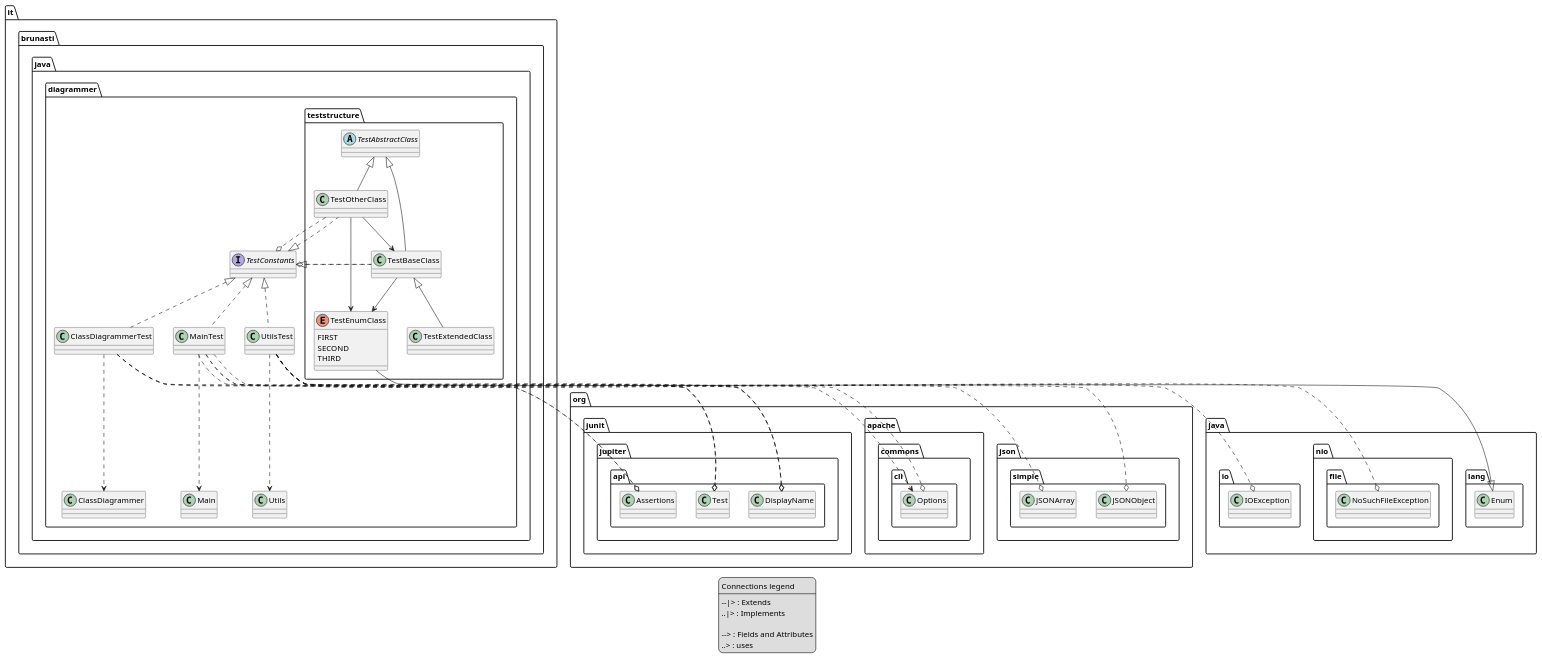
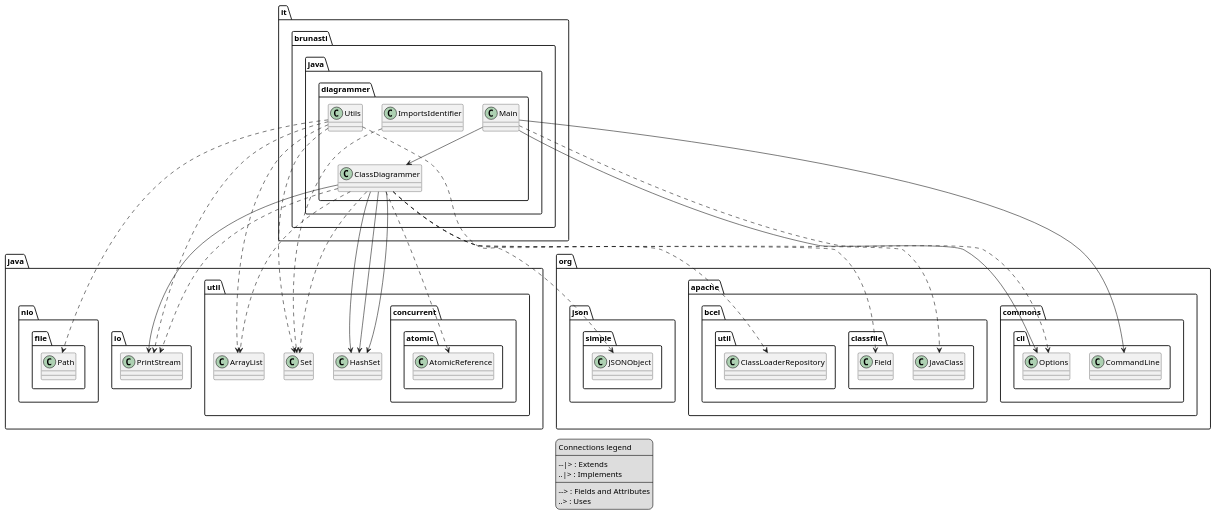
The diagram in temp/output.puml (brunasti/java-diagrammer), drawn with PlantUML before and after one commit. The commit also changed 3 other files, not shown here.

Commit message:
Updates diagram images

```diff
--- a/temp/output.puml
+++ b/temp/output.puml
@@ -1,101 +1,57 @@
 @startuml
 'https://plantuml.com/class-diagram
 
 ' GENERATE CLASS DIAGRAM ===========
 ' Generator       : it.brunasti.java.diagrammer.ClassDiagrammer
-' Path            : [./target/test-classes]
-' Java Files Path : [./src/test/java/]
-' Configuration   : [./temp/config.json]
-' Generated at    : Wed Mar 27 17:14:07 CET 2024
+' Path            : [./target/classes]
+' Configuration   : []
+' Generated at    : Thu Mar 28 10:23:33 CET 2024
 legend
 Connections legend
 ----
 --|> : Extends
 ..|> : Implements
-
+----
 --> : Fields and Attributes
-..> : uses
+..> : Uses
 end legend
 
 
 
 ' CLASSES =======
-class it.brunasti.java.diagrammer.ClassDiagrammerTest
-class it.brunasti.java.diagrammer.UtilsTest
-interface it.brunasti.java.diagrammer.TestConstants
-abstract it.brunasti.java.diagrammer.teststructure.TestAbstractClass
-class it.brunasti.java.diagrammer.teststructure.TestBaseClass
-enum it.brunasti.java.diagrammer.teststructure.TestEnumClass{
-  FIRST
-  SECOND
-  THIRD
-}
-class it.brunasti.java.diagrammer.teststructure.TestExtendedClass
-class it.brunasti.java.diagrammer.teststructure.TestOtherClass
-class it.brunasti.java.diagrammer.MainTest
+class it.brunasti.java.diagrammer.ClassDiagrammer
+class it.brunasti.java.diagrammer.Utils
+class it.brunasti.java.diagrammer.Main
+class it.brunasti.java.diagrammer.ImportsIdentifier
 
 ' INHERITANCES =======
-it.brunasti.java.diagrammer.teststructure.TestAbstractClass <|-- it.brunasti.java.diagrammer.teststructure.TestBaseClass
-java.lang.Enum <|-- it.brunasti.java.diagrammer.teststructure.TestEnumClass
-it.brunasti.java.diagrammer.teststructure.TestBaseClass <|-- it.brunasti.java.diagrammer.teststructure.TestExtendedClass
-it.brunasti.java.diagrammer.teststructure.TestAbstractClass <|-- it.brunasti.java.diagrammer.teststructure.TestOtherClass
 
 ' IMPLEMENT INTERFACE =======
-it.brunasti.java.diagrammer.TestConstants <|.. it.brunasti.java.diagrammer.ClassDiagrammerTest
-it.brunasti.java.diagrammer.TestConstants <|.. it.brunasti.java.diagrammer.UtilsTest
-it.brunasti.java.diagrammer.TestConstants <|.. it.brunasti.java.diagrammer.teststructure.TestBaseClass
-it.brunasti.java.diagrammer.TestConstants <|.. it.brunasti.java.diagrammer.teststructure.TestOtherClass
-it.brunasti.java.diagrammer.TestConstants <|.. it.brunasti.java.diagrammer.MainTest
 
 ' FIELDS =======
-it.brunasti.java.diagrammer.teststructure.TestBaseClass --> it.brunasti.java.diagrammer.teststructure.TestEnumClass
-it.brunasti.java.diagrammer.teststructure.TestOtherClass --> it.brunasti.java.diagrammer.teststructure.TestBaseClass
-it.brunasti.java.diagrammer.teststructure.TestOtherClass --> it.brunasti.java.diagrammer.teststructure.TestEnumClass
+it.brunasti.java.diagrammer.ClassDiagrammer --> java.io.PrintStream
+it.brunasti.java.diagrammer.ClassDiagrammer --> java.util.HashSet
+it.brunasti.java.diagrammer.ClassDiagrammer --> java.util.HashSet
+it.brunasti.java.diagrammer.ClassDiagrammer --> java.util.HashSet
+it.brunasti.java.diagrammer.Main --> org.apache.commons.cli.CommandLine
+it.brunasti.java.diagrammer.Main --> it.brunasti.java.diagrammer.ClassDiagrammer
+it.brunasti.java.diagrammer.Main --> org.apache.commons.cli.Options
 
 ' USES =======
-it.brunasti.java.diagrammer.ClassDiagrammerTest ..> it.brunasti.java.diagrammer.ClassDiagrammer
-it.brunasti.java.diagrammer.UtilsTest ..> it.brunasti.java.diagrammer.Utils
-it.brunasti.java.diagrammer.MainTest ..> it.brunasti.java.diagrammer.Main
-it.brunasti.java.diagrammer.MainTest ..> org.apache.commons.cli.Options
-
-' IMPORTS =======
-' Java Files Path : ./src/test/java/
-' it.brunasti.java.diagrammer.ClassDiagrammerTest
-it.brunasti.java.diagrammer.ClassDiagrammerTest ..o org.junit.jupiter.api.Test
-it.brunasti.java.diagrammer.ClassDiagrammerTest ..o  org.junit.jupiter.api.Assertions
-it.brunasti.java.diagrammer.ClassDiagrammerTest ..o org.junit.jupiter.api.DisplayName
-
-' it.brunasti.java.diagrammer.UtilsTest
-it.brunasti.java.diagrammer.UtilsTest ..o org.junit.jupiter.api.Test
-it.brunasti.java.diagrammer.UtilsTest ..o java.nio.file.NoSuchFileException
-it.brunasti.java.diagrammer.UtilsTest ..o org.json.simple.JSONObject
-it.brunasti.java.diagrammer.UtilsTest ..o  org.junit.jupiter.api.Assertions
-it.brunasti.java.diagrammer.UtilsTest ..o java.io.IOException
-it.brunasti.java.diagrammer.UtilsTest ..o org.json.simple.JSONArray
-it.brunasti.java.diagrammer.UtilsTest ..o org.junit.jupiter.api.DisplayName
-
-' it.brunasti.java.diagrammer.TestConstants
-
-' it.brunasti.java.diagrammer.teststructure.TestAbstractClass
-
-' it.brunasti.java.diagrammer.teststructure.TestBaseClass
-it.brunasti.java.diagrammer.teststructure.TestBaseClass ..o it.brunasti.java.diagrammer.TestConstants
-
-' it.brunasti.java.diagrammer.teststructure.TestEnumClass
-
-' it.brunasti.java.diagrammer.teststructure.TestExtendedClass
-
-' it.brunasti.java.diagrammer.teststructure.TestOtherClass
-it.brunasti.java.diagrammer.teststructure.TestOtherClass ..o it.brunasti.java.diagrammer.TestConstants
-it.brunasti.java.diagrammer.teststructure.TestOtherClass ..o  org.junit.jupiter.api.Assertions.assertDoesNotThrow
-
-' it.brunasti.java.diagrammer.MainTest
-it.brunasti.java.diagrammer.MainTest ..o org.junit.jupiter.api.Test
-it.brunasti.java.diagrammer.MainTest ..o  org.junit.jupiter.api.Assertions.assertDoesNotThrow
-it.brunasti.java.diagrammer.MainTest ..o org.apache.commons.cli.Options
-it.brunasti.java.diagrammer.MainTest ..o  org.junit.jupiter.api.Assertions.assertNotNull
-it.brunasti.java.diagrammer.MainTest ..o org.junit.jupiter.api.DisplayName
-
+it.brunasti.java.diagrammer.ClassDiagrammer ..> java.io.PrintStream
+it.brunasti.java.diagrammer.ClassDiagrammer ..> java.util.Set
+it.brunasti.java.diagrammer.ClassDiagrammer ..> org.apache.bcel.classfile.JavaClass
+it.brunasti.java.diagrammer.ClassDiagrammer ..> org.apache.bcel.classfile.Field
+it.brunasti.java.diagrammer.ClassDiagrammer ..> java.util.ArrayList
+it.brunasti.java.diagrammer.ClassDiagrammer ..> org.apache.bcel.util.ClassLoaderRepository
+it.brunasti.java.diagrammer.ClassDiagrammer ..> java.util.concurrent.atomic.AtomicReference
+it.brunasti.java.diagrammer.Utils ..> java.io.PrintStream
+it.brunasti.java.diagrammer.Utils ..> java.util.ArrayList
+it.brunasti.java.diagrammer.Utils ..> java.util.Set
+it.brunasti.java.diagrammer.Utils ..> org.json.simple.JSONObject
+it.brunasti.java.diagrammer.Utils ..> java.nio.file.Path
+it.brunasti.java.diagrammer.Main ..> org.apache.commons.cli.Options
+it.brunasti.java.diagrammer.ImportsIdentifier ..> java.util.Set
 
 
 @enduml
```
